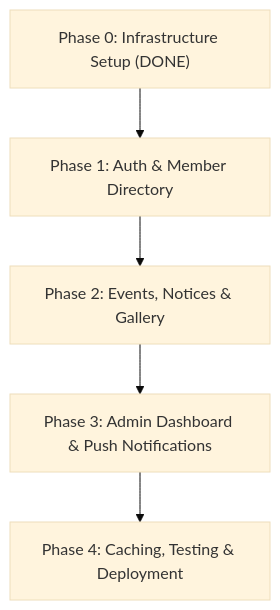
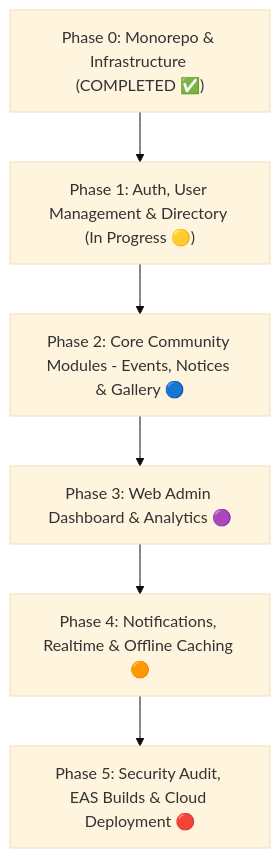
The diagram in ROADMAP.md (CypherNinjaa/mys-connect), drawn with Mermaid (base theme) before and after one commit. The commit also changed other lines of this file, not shown here.

Commit message:
docs: update enterprise implementation roadmap to align 1-to-1 with PRD

````diff
--- a/ROADMAP.md
+++ b/ROADMAP.md
@@ -118,7 +9,8 @@
 ```mermaid
 flowchart TD
-    P0["Phase 0: Infrastructure Setup (DONE)"] --> P1["Phase 1: Auth & Member Directory"]
-    P1 --> P2["Phase 2: Events, Notices & Gallery"]
-    P2 --> P3["Phase 3: Admin Dashboard & Push Notifications"]
-    P3 --> P4["Phase 4: Caching, Testing & Deployment"]
+    P0["Phase 0: Monorepo & Infrastructure (COMPLETED ✅)"] --> P1["Phase 1: Auth, User Management & Directory (In Progress 🟡)"]
+    P1 --> P2["Phase 2: Core Community Modules - Events, Notices & Gallery 🔵"]
+    P2 --> P3["Phase 3: Web Admin Dashboard & Analytics 🟣"]
+    P3 --> P4["Phase 4: Notifications, Realtime & Offline Caching 🟠"]
+    P4 --> P5["Phase 5: Security Audit, EAS Builds & Cloud Deployment 🔴"]
 ```
````
